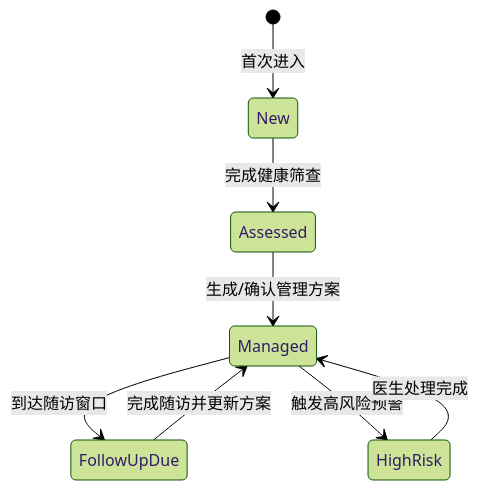
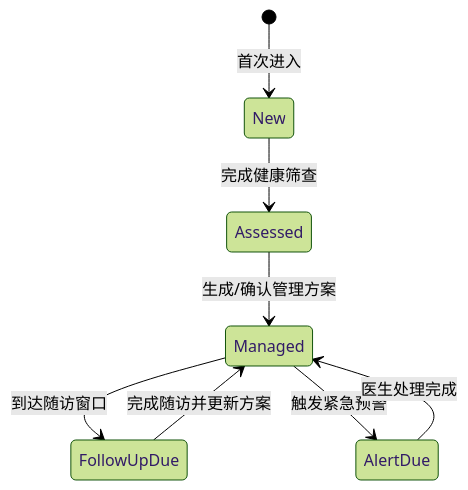
Before and after one commit to supersuperman666/twin: the third of 4 diagrams in docs/慢病管理小程序PRD.md, drawn with Mermaid (forest theme). The commit also changed other lines of this file and 1 other file, not shown here.

Commit message:
docs: simplify alert severity levels

````diff
--- a/docs/慢病管理小程序PRD.md
+++ b/docs/慢病管理小程序PRD.md
@@ -614,10 +614,10 @@
 ```mermaid
 stateDiagram-v2
   [*] --> New: 首次进入
   New --> Assessed: 完成健康筛查
   Assessed --> Managed: 生成/确认管理方案
   Managed --> FollowUpDue: 到达随访窗口
   FollowUpDue --> Managed: 完成随访并更新方案
-  Managed --> HighRisk: 触发高风险预警
-  HighRisk --> Managed: 医生处理完成
+  Managed --> AlertDue: 触发紧急预警
+  AlertDue --> Managed: 医生处理完成
 ```
````
